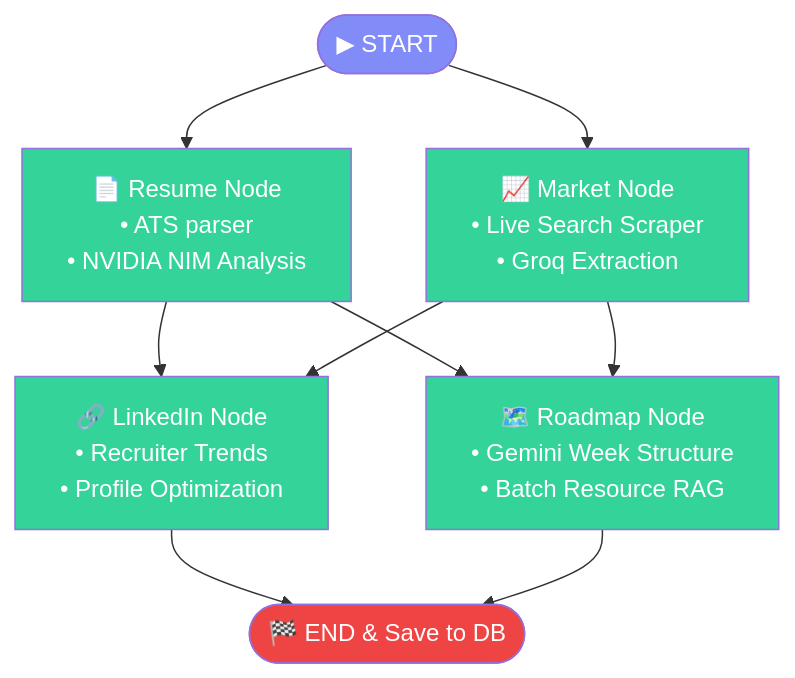
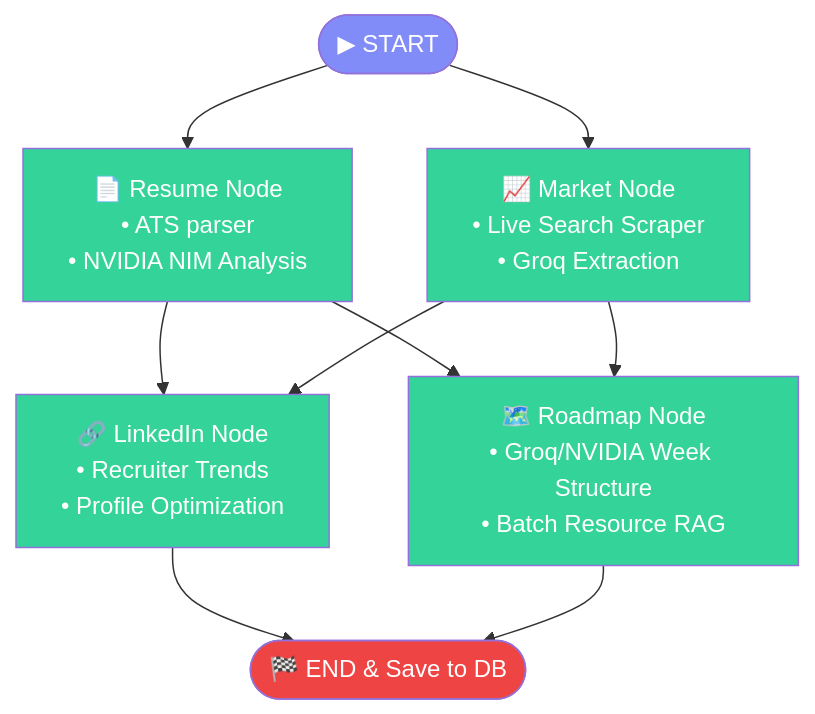
One commit to Anil-Pradhan-web/ai-career-mentor changed the first of 3 diagrams in documentation/API.md. Above: the diagram before and after it, drawn with Mermaid. The commit also changed other lines of this file and 3 other files, not shown here.

First line of the commit message:
docs: update all documentation — ARCHITECTURE, SYSTEM, API, DOCKER_GUIDE verified against codebase

````diff
--- a/documentation/API.md
+++ b/documentation/API.md
@@ -631,22 +631,22 @@
 ```mermaid
 graph TD
     classDef startCls fill:#818cf8,color:#fff
     classDef nodeCls fill:#34d399,color:#fff
     classDef endCls fill:#ef4444,color:#fff
 
     START(["▶ START"]) --> RESUME["📄 Resume Node<br/>• ATS parser<br/>• NVIDIA NIM Analysis"]
     START --> MARKET["📈 Market Node<br/>• Live Search Scraper<br/>• Groq Extraction"]
 
     RESUME --> LINKEDIN["🔗 LinkedIn Node<br/>• Recruiter Trends<br/>• Profile Optimization"]
     MARKET --> LINKEDIN
 
-    RESUME --> ROADMAP["🗺️ Roadmap Node<br/>• Gemini Week Structure<br/>• Batch Resource RAG"]
+    RESUME --> ROADMAP["🗺️ Roadmap Node<br/>• Groq/NVIDIA Week Structure<br/>• Batch Resource RAG"]
     MARKET --> ROADMAP
 
     LINKEDIN --> END_NODE(["🏁 END & Save to DB"])
     ROADMAP --> END_NODE
 
     class START startCls
     class RESUME,MARKET,LINKEDIN,ROADMAP nodeCls
     class END_NODE endCls
 ```
````
